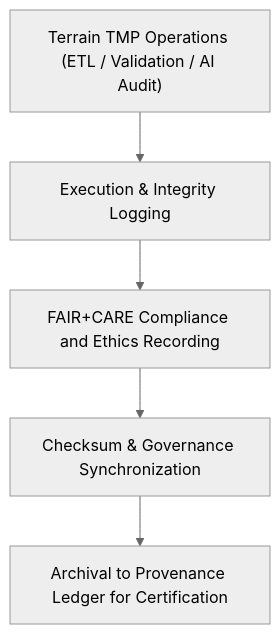
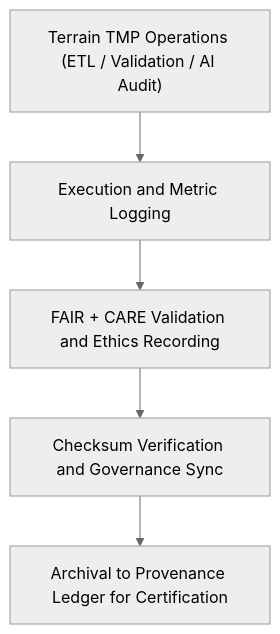
Before and after one commit to bartytime4life/Kansas-Frontier-Matrix: the diagram in data/work/tmp/terrain/logs/README.md, drawn with Mermaid (neutral theme). The commit also changed other lines of this file, not shown here.

First line of the commit message:
Upgrade README for Terrain TMP Logs to v10.0.0

````diff
--- a/data/work/tmp/terrain/logs/README.md
+++ b/data/work/tmp/terrain/logs/README.md
@@ -63,7 +66,7 @@
 ```mermaid
 flowchart TD
-    A["Terrain TMP Operations (ETL / Validation / AI Audit)"] --> B["Execution & Integrity Logging"]
-    B --> C["FAIR+CARE Compliance and Ethics Recording"]
-    C --> D["Checksum & Governance Synchronization"]
+    A["Terrain TMP Operations (ETL / Validation / AI Audit)"] --> B["Execution and Metric Logging"]
+    B --> C["FAIR + CARE Validation and Ethics Recording"]
+    C --> D["Checksum Verification and Governance Sync"]
     D --> E["Archival to Provenance Ledger for Certification"]
 ```
````
